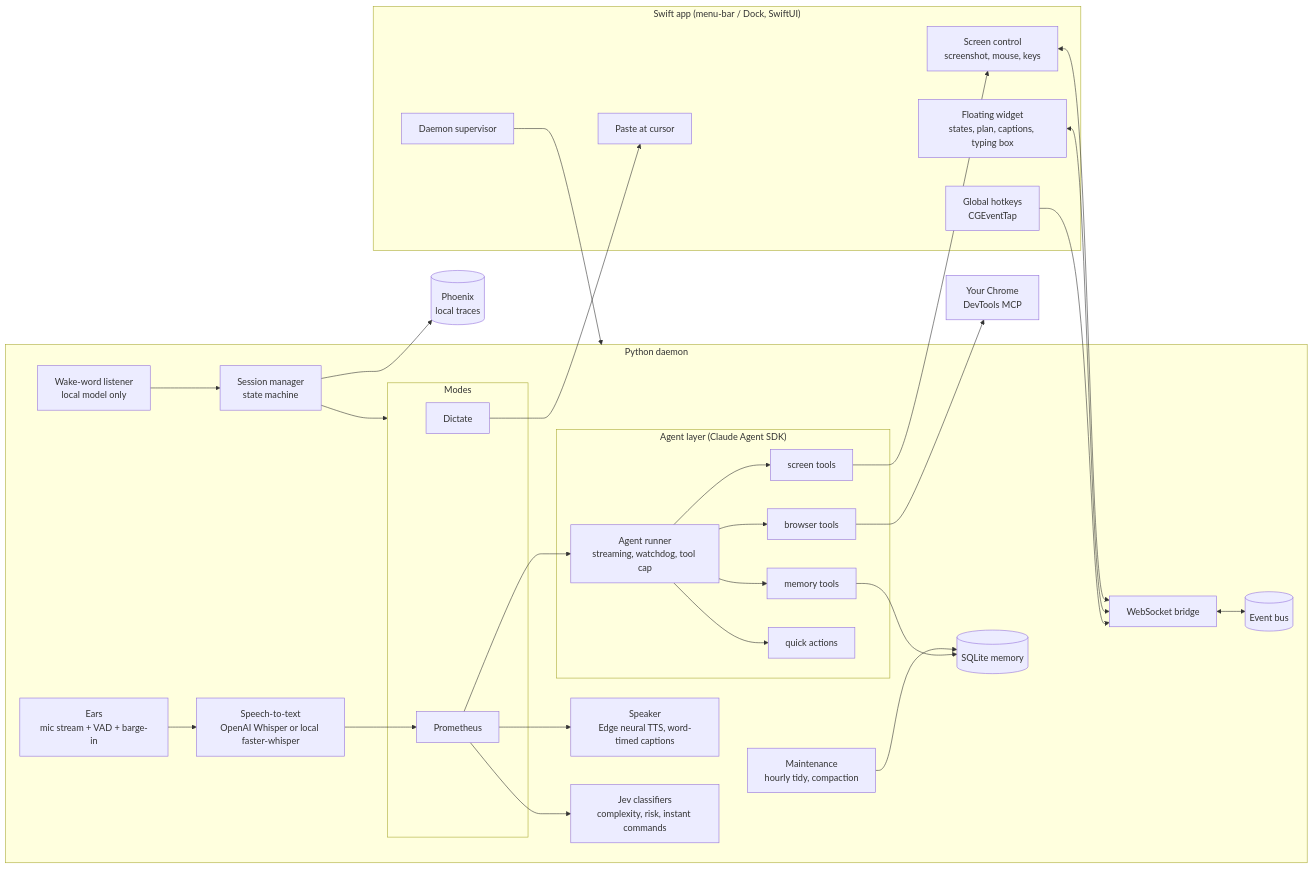
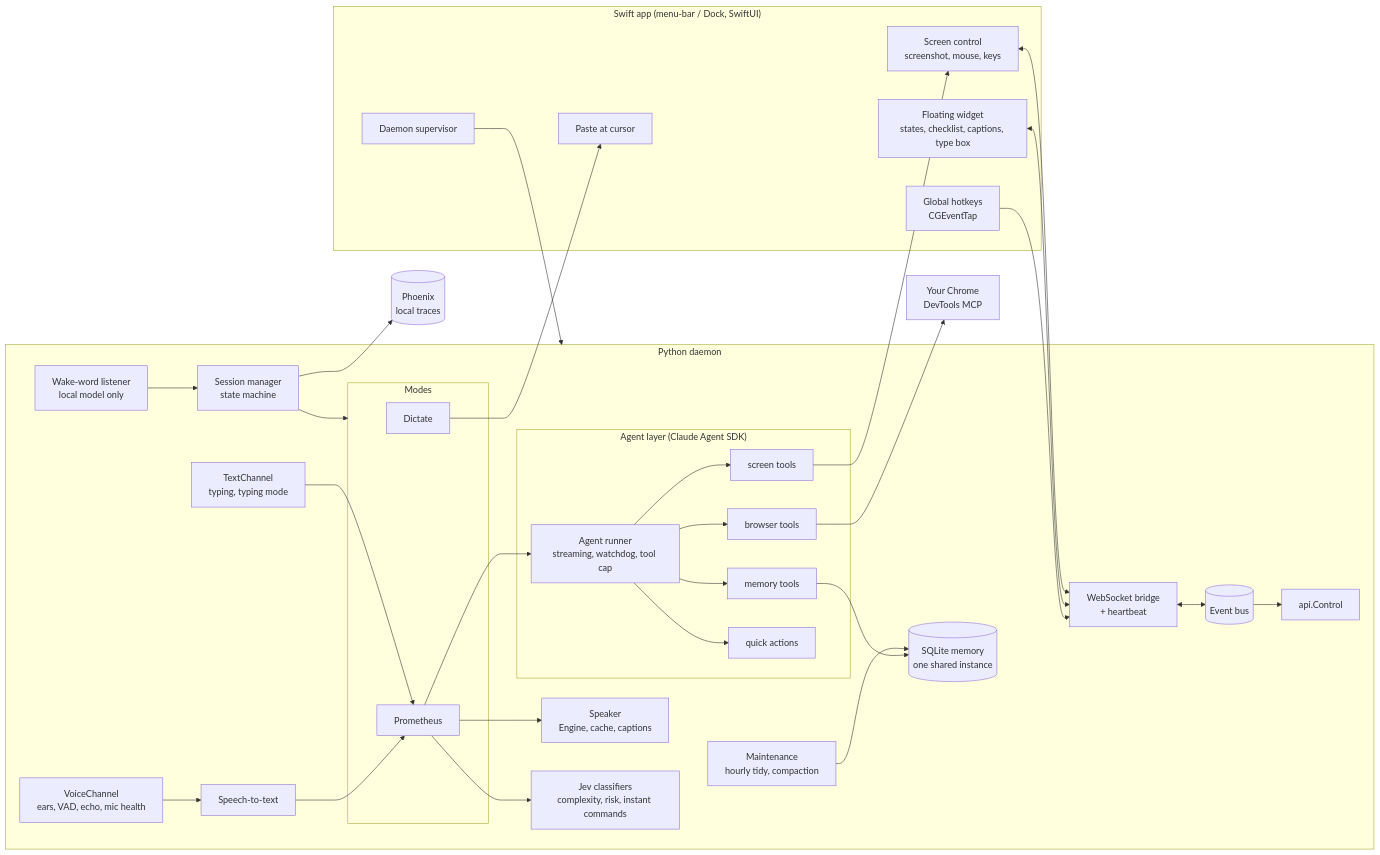
One commit to siddh30/prometheus-voice-control changed the second of 15 diagrams in DESIGN.md. Above: the diagram before and after it, drawn with Mermaid. The commit also changed other lines of this file and 2 other files, not shown here.

Commit message:
DESIGN.md: layered API map, every pathway as a Mermaid diagram, generated command/event/interface tables; a test keeps it complete

````diff
--- a/DESIGN.md
+++ b/DESIGN.md
@@ -24,56 +86,60 @@
 ```mermaid
 flowchart LR
     subgraph App["Swift app (menu-bar / Dock, SwiftUI)"]
         HK[Global hotkeys<br/>CGEventTap]
-        UI[Floating widget<br/>states, plan, captions, typing box]
+        UI[Floating widget<br/>states, checklist, captions, type box]
         SC[Screen control<br/>screenshot, mouse, keys]
         PASTE[Paste at cursor]
         SUP[Daemon supervisor]
     end
 
     subgraph Daemon["Python daemon"]
         BUS[(Event bus)]
-        WS[WebSocket bridge]
+        WS[WebSocket bridge<br/>+ heartbeat]
+        CTRL[api.Control]
         SM[Session manager<br/>state machine]
-        EARS[Ears<br/>mic stream + VAD + barge-in]
-        STT[Speech-to-text<br/>OpenAI Whisper or local faster-whisper]
-        TTS[Speaker<br/>Edge neural TTS, word-timed captions]
+        VOICE[VoiceChannel<br/>ears, VAD, echo, mic health]
+        TEXT[TextChannel<br/>typing, typing mode]
+        STT[Speech-to-text]
+        TTS[Speaker<br/>Engine, cache, captions]
         WAKE[Wake-word listener<br/>local model only]
         subgraph Modes
             DICT[Dictate]
             PROM[Prometheus]
         end
         subgraph AgentLayer["Agent layer (Claude Agent SDK)"]
             RUN[Agent runner<br/>streaming, watchdog, tool cap]
             BT[browser tools]
             ST[screen tools]
             MT[memory tools]
             AT[quick actions]
         end
-        MEM[(SQLite memory)]
+        MEM[(SQLite memory<br/>one shared instance)]
         MAINT[Maintenance<br/>hourly tidy, compaction]
         JEV[Jev classifiers<br/>complexity, risk, instant commands]
     end
 
     CH[Your Chrome<br/>DevTools MCP]
     PH[(Phoenix<br/>local traces)]
 
     HK --> WS
-    WS <--> BUS
     UI <--> WS
     SC <--> WS
+    WS <--> BUS
+    BUS --> CTRL
     SUP --> Daemon
     SM --> Modes
-    EARS --> STT --> PROM
+    VOICE --> STT --> PROM
+    TEXT --> PROM
     WAKE --> SM
     PROM --> JEV
     PROM --> RUN
     RUN --> BT --> CH
     RUN --> ST --> SC
     RUN --> MT --> MEM
     RUN --> AT
     PROM --> TTS
     DICT --> PASTE
     MAINT --> MEM
     SM --> PH
 ```
````
